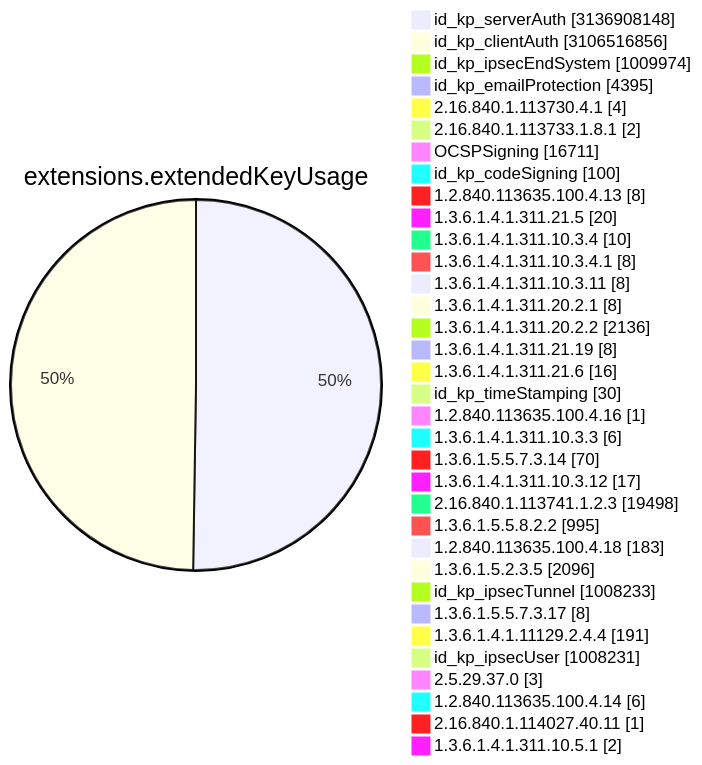
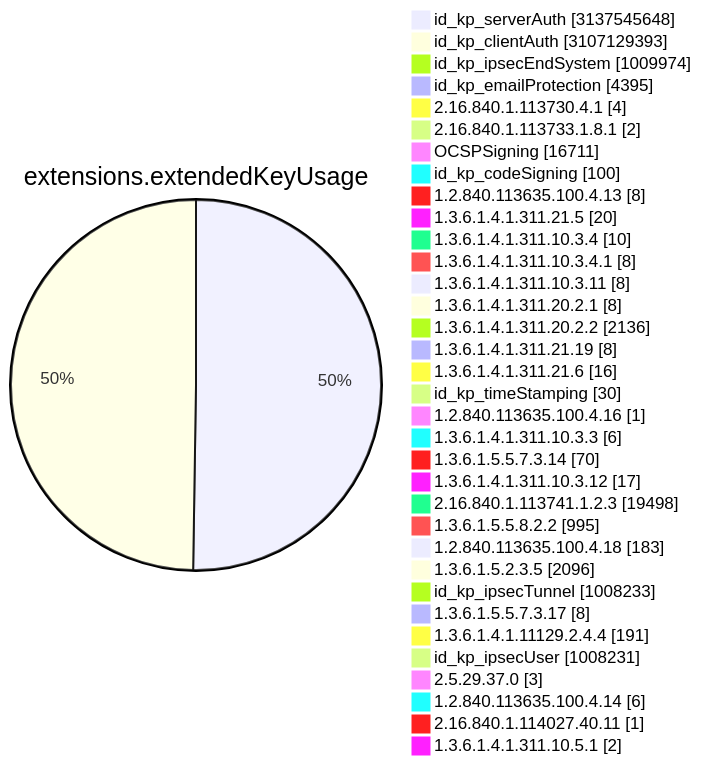
Before and after one commit to christiankrug/ctmonitor_visualization: diagram 11 of 15 in TOTAL/README.md, drawn with Mermaid. The commit also changed other lines of this file, not shown here.

````diff
--- a/TOTAL/README.md
+++ b/TOTAL/README.md
@@ -4119,38 +4119,38 @@
 ```mermaid
 pie showData
 title extensions.extendedKeyUsage
-"id_kp_serverAuth" :3136908148
-"id_kp_clientAuth" :3106516856
+"id_kp_serverAuth" :3137545648
+"id_kp_clientAuth" :3107129393
 "id_kp_ipsecEndSystem" :1009974
 "id_kp_emailProtection" :4395
 "2.16.840.1.113730.4.1" :4
 "2.16.840.1.113733.1.8.1" :2
 "OCSPSigning" :16711
 "id_kp_codeSigning" :100
 "1.2.840.113635.100.4.13" :8
 "1.3.6.1.4.1.311.21.5" :20
 "1.3.6.1.4.1.311.10.3.4" :10
 "1.3.6.1.4.1.311.10.3.4.1" :8
 "1.3.6.1.4.1.311.10.3.11" :8
 "1.3.6.1.4.1.311.20.2.1" :8
 "1.3.6.1.4.1.311.20.2.2" :2136
 "1.3.6.1.4.1.311.21.19" :8
 "1.3.6.1.4.1.311.21.6" :16
 "id_kp_timeStamping" :30
 "1.2.840.113635.100.4.16" :1
 "1.3.6.1.4.1.311.10.3.3" :6
 "1.3.6.1.5.5.7.3.14" :70
 "1.3.6.1.4.1.311.10.3.12" :17
 "2.16.840.1.113741.1.2.3" :19498
 "1.3.6.1.5.5.8.2.2" :995
 "1.2.840.113635.100.4.18" :183
 "1.3.6.1.5.2.3.5" :2096
 "id_kp_ipsecTunnel" :1008233
 "1.3.6.1.5.5.7.3.17" :8
 "1.3.6.1.4.1.11129.2.4.4" :191
 "id_kp_ipsecUser" :1008231
 "2.5.29.37.0" :3
 "1.2.840.113635.100.4.14" :6
 "2.16.840.1.114027.40.11" :1
 "1.3.6.1.4.1.311.10.5.1" :2
 ```
````
